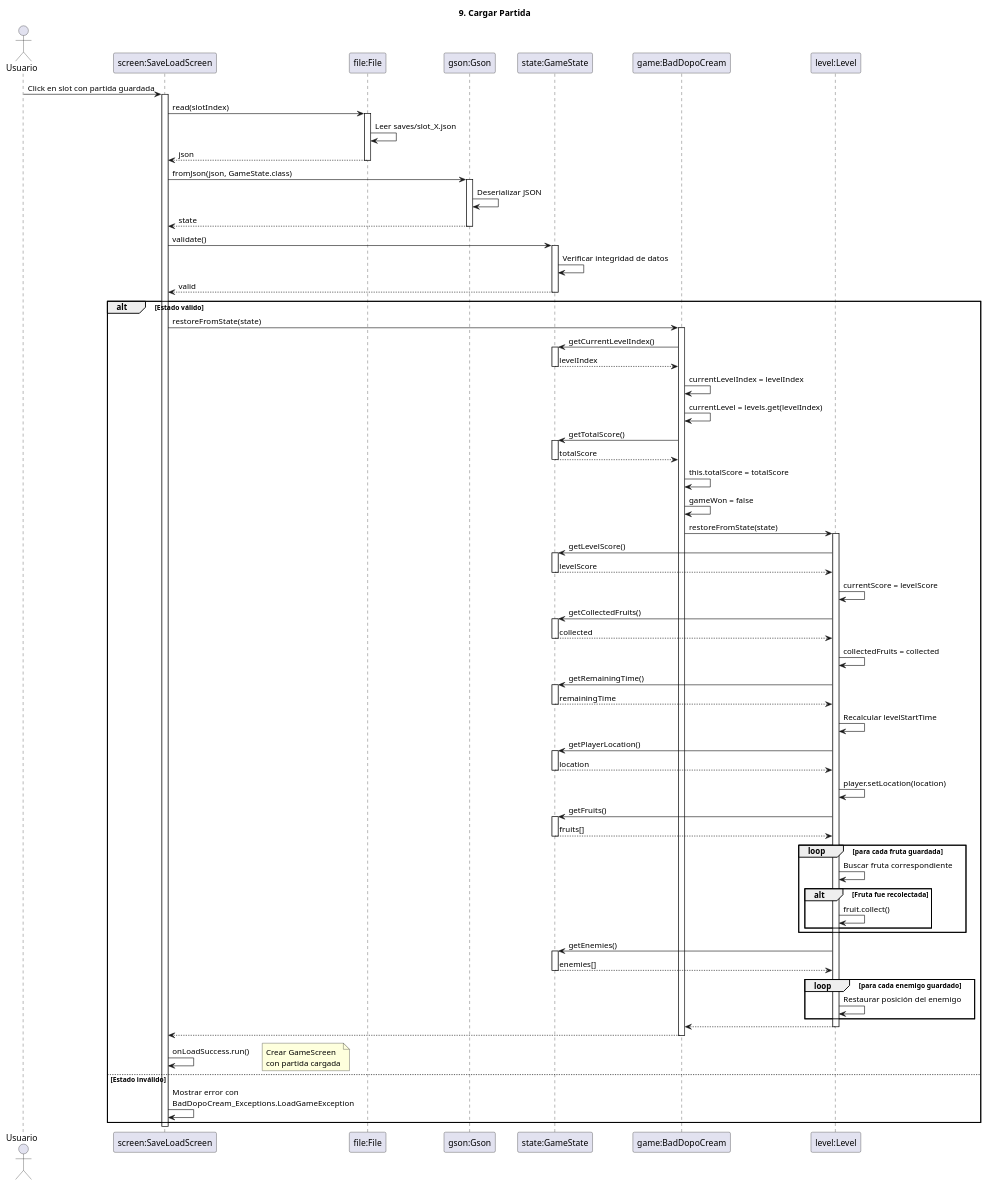
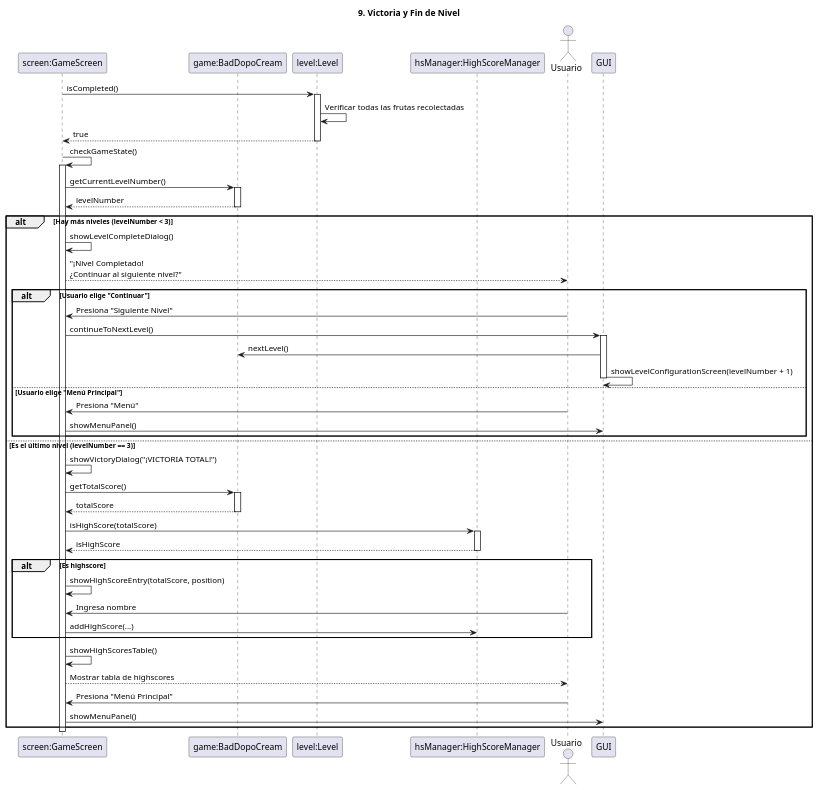
One commit to AnotherCreatorAnonymous/BadDopocream changed the tenth of 11 diagrams in docs/sequence-diagrams.puml. Above: the diagram before and after it, drawn with PlantUML. The commit also changed other lines of this file and 146 other files, not shown here.

Commit message:
Proyecto Bad Dopo Cream completo - 4 modos de juego, IA de enemigos y jugadores, sistema de puntajes y highscores, 95 tests JUnit, diagramas PlantUML actualizados

```diff
--- a/docs/sequence-diagrams.puml
+++ b/docs/sequence-diagrams.puml
@@ -684,108 +864,69 @@
-@startuml 09_Cargar_Partida
+@startuml 09_Victoria_Fin_Nivel
 
-title 9. Cargar Partida
+title 9. Victoria y Fin de Nivel
 
-actor Usuario
-participant "screen:SaveLoadScreen" as Screen
-participant "file:File" as File
-participant "gson:Gson" as Gson
-participant "state:GameState" as State
+participant "screen:GameScreen" as Screen
 participant "game:BadDopoCream" as Game
 participant "level:Level" as Level
+participant "hsManager:HighScoreManager" as HSManager
+actor Usuario
 
-Usuario -> Screen: Click en slot con partida guardada
+Screen -> Level: isCompleted()
+activate Level
+Level -> Level: Verificar todas las frutas recolectadas
+return true
+
+Screen -> Screen: checkGameState()
 activate Screen
 
-Screen -> File: read(slotIndex)
-activate File
-File -> File: Leer saves/slot_X.json
-return json
+Screen -> Game: getCurrentLevelNumber()
+activate Game
+return levelNumber
 
-Screen -> Gson: fromJson(json, GameState.class)
-activate Gson
-Gson -> Gson: Deserializar JSON
-return state
-
-Screen -> State: validate()
-activate State
-State -> State: Verificar integridad de datos
-return valid
-
-alt Estado válido
-
-    Screen -> Game: restoreFromState(state)
+alt Hay más niveles (levelNumber < 3)
+    
+    Screen -> Screen: showLevelCompleteDialog()
+    Screen --> Usuario: "¡Nivel Completado!\n¿Continuar al siguiente nivel?"
+    
+    alt Usuario elige "Continuar"
+        Usuario -> Screen: Presiona "Siguiente Nivel"
+        Screen -> GUI: continueToNextLevel()
+        activate GUI
+        GUI -> Game: nextLevel()
+        GUI -> GUI: showLevelConfigurationScreen(levelNumber + 1)
+        deactivate GUI
+        
+    else Usuario elige "Menú Principal"
+        Usuario -> Screen: Presiona "Menú"
+        Screen -> GUI: showMenuPanel()
+    end
+    
+else Es el último nivel (levelNumber == 3)
+    
+    Screen -> Screen: showVictoryDialog("¡VICTORIA TOTAL!")
+    
+    Screen -> Game: getTotalScore()
     activate Game
-    
-    Game -> State: getCurrentLevelIndex()
-    activate State
-    return levelIndex
-    
-    Game -> Game: currentLevelIndex = levelIndex
-    Game -> Game: currentLevel = levels.get(levelIndex)
-    
-    Game -> State: getTotalScore()
-    activate State
     return totalScore
     
-    Game -> Game: this.totalScore = totalScore
-    Game -> Game: gameWon = false
+    Screen -> HSManager: isHighScore(totalScore)
+    activate HSManager
+    return isHighScore
     
-    Game -> Level: restoreFromState(state)
-    activate Level
-    
-    Level -> State: getLevelScore()
-    activate State
-    return levelScore
-    
-    Level -> Level: currentScore = levelScore
-    
-    Level -> State: getCollectedFruits()
-    activate State
-    return collected
-    
-    Level -> Level: collectedFruits = collected
-    
-    Level -> State: getRemainingTime()
-    activate State
-    return remainingTime
-    
-    Level -> Level: Recalcular levelStartTime
-    
-    Level -> State: getPlayerLocation()
-    activate State
-    return location
-    
-    Level -> Level: player.setLocation(location)
-    
-    Level -> State: getFruits()
-    activate State
-    return fruits[]
-    
-    loop para cada fruta guardada
-        Level -> Level: Buscar fruta correspondiente
-        alt Fruta fue recolectada
-            Level -> Level: fruit.collect()
-        end
+    alt Es highscore
+        Screen -> Screen: showHighScoreEntry(totalScore, position)
+        Usuario -> Screen: Ingresa nombre
+        Screen -> HSManager: addHighScore(...)
     end
     
-    Level -> State: getEnemies()
-    activate State
-    return enemies[]
+    Screen -> Screen: showHighScoresTable()
+    Screen --> Usuario: Mostrar tabla de highscores
     
-    loop para cada enemigo guardado
-        Level -> Level: Restaurar posición del enemigo
-    end
+    Usuario -> Screen: Presiona "Menú Principal"
+    Screen -> GUI: showMenuPanel()
     
-    return
-    return
-    
-    Screen -> Screen: onLoadSuccess.run()
-    note right: Crear GameScreen\ncon partida cargada
-    
-else Estado inválido
-    Screen -> Screen: Mostrar error con\nBadDopoCream_Exceptions.LoadGameException
 end
 
 deactivate Screen
 
 @enduml
```
